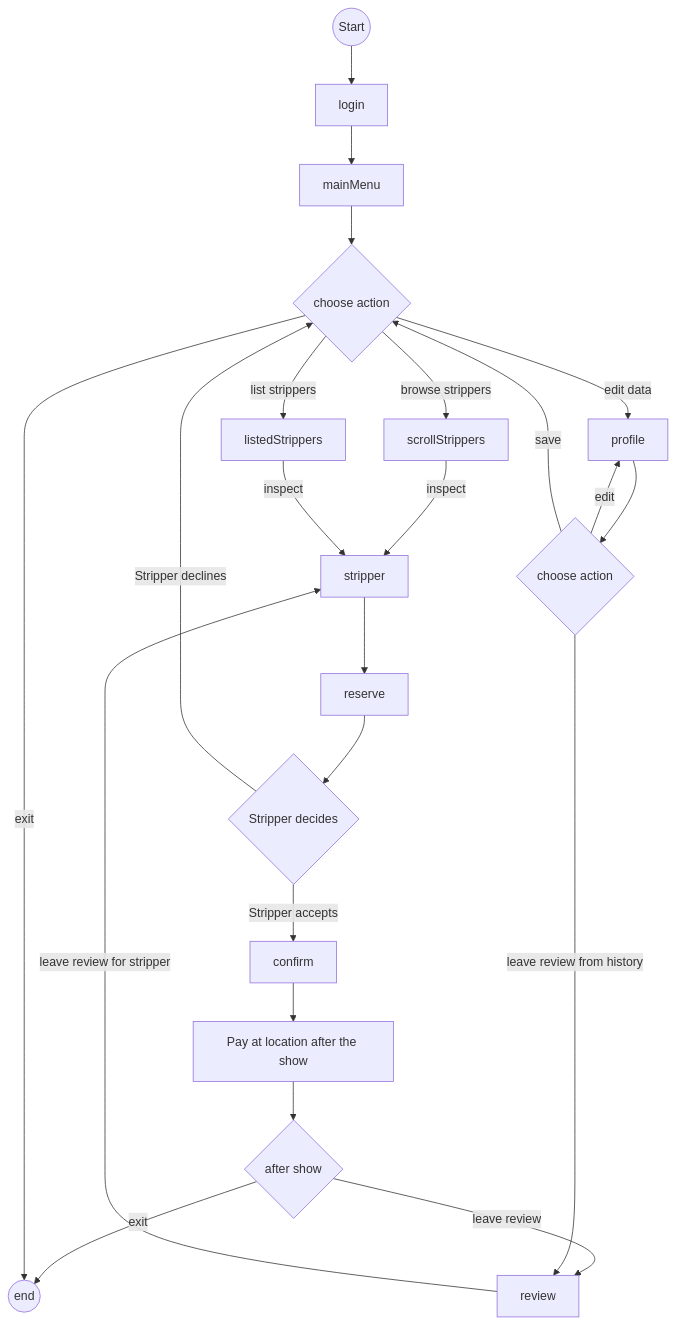
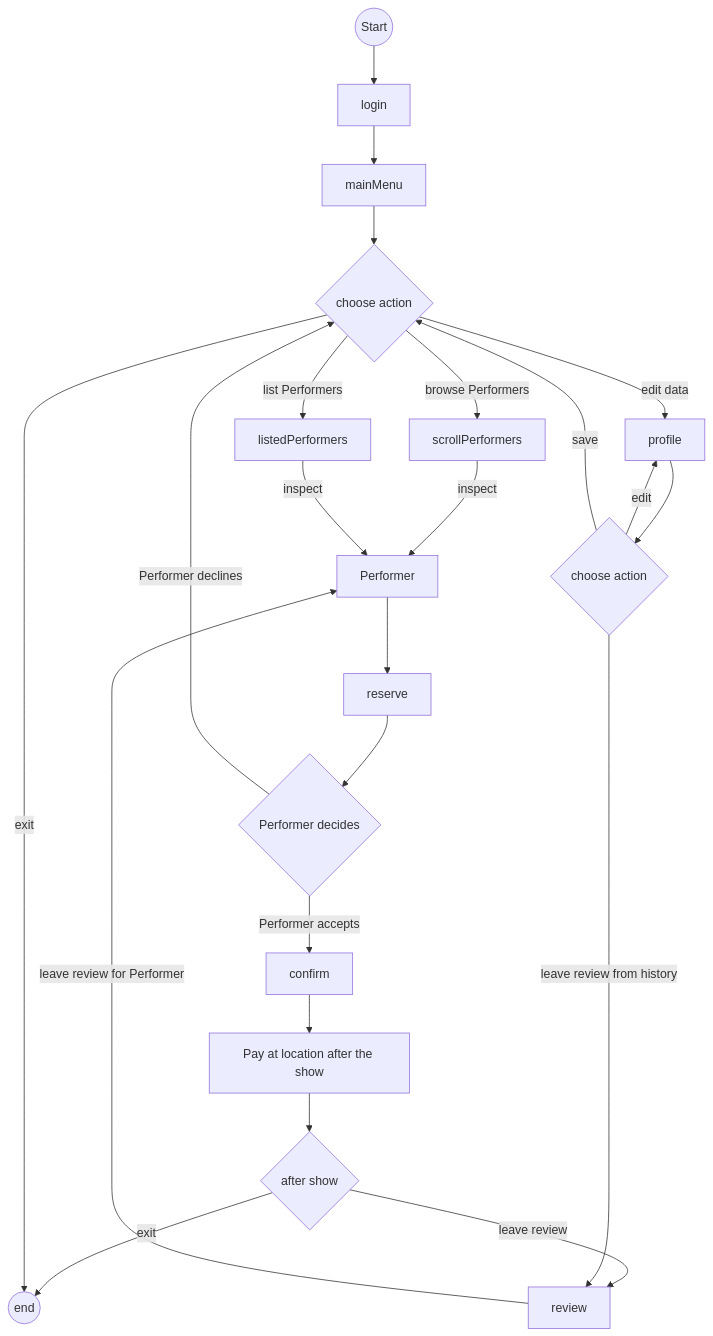
Before and after one commit to GlycerolVeinz/sinSemestralWork: the second of 5 diagrams in business/business.md, drawn with Mermaid. The commit also changed other lines of this file, not shown here.

Commit message:
need to attach pictures of diagrams for documentation

````diff
--- a/business/business.md
+++ b/business/business.md
@@ -146,27 +146,27 @@
 ```mermaid
 flowchart TD
     start((Start)) --> login
     login --> mainMenu
     mainMenu --> mainMenuAction{choose action}
-    mainMenuAction -->|browse strippers| scrollStrippers
-        scrollStrippers -->|inspect| stripper
-        stripper --> reserve
-        reserve --> decision{Stripper decides}
-        decision -->|Stripper declines| mainMenuAction
-        decision -->|Stripper accepts| confirm
+    mainMenuAction -->|browse Performers| scrollPerformers
+        scrollPerformers -->|inspect| Performer
+        Performer --> reserve
+        reserve --> decision{Performer decides}
+        decision -->|Performer declines| mainMenuAction
+        decision -->|Performer accepts| confirm
             confirm --> pay[Pay at location after the show]
             pay --> afterShow{after show}
                 afterShow -->|exit| END((end))
                 afterShow -->|leave review| review
-                    review -->|leave review for stripper| stripper
+                    review -->|leave review for Performer| Performer
 
-    mainMenuAction -->|list strippers| listedStrippers
-        listedStrippers -->|inspect| stripper
+    mainMenuAction -->|list Performers| listedPerformers
+        listedPerformers -->|inspect| Performer
     
     mainMenuAction -->|exit| END
     mainMenuAction -->|edit data| profile
         profile --> profileAction{choose action}
         profileAction --> |edit| profile
         profileAction --> |save| mainMenuAction
         profileAction --> |leave review from history| review
 ```
````
